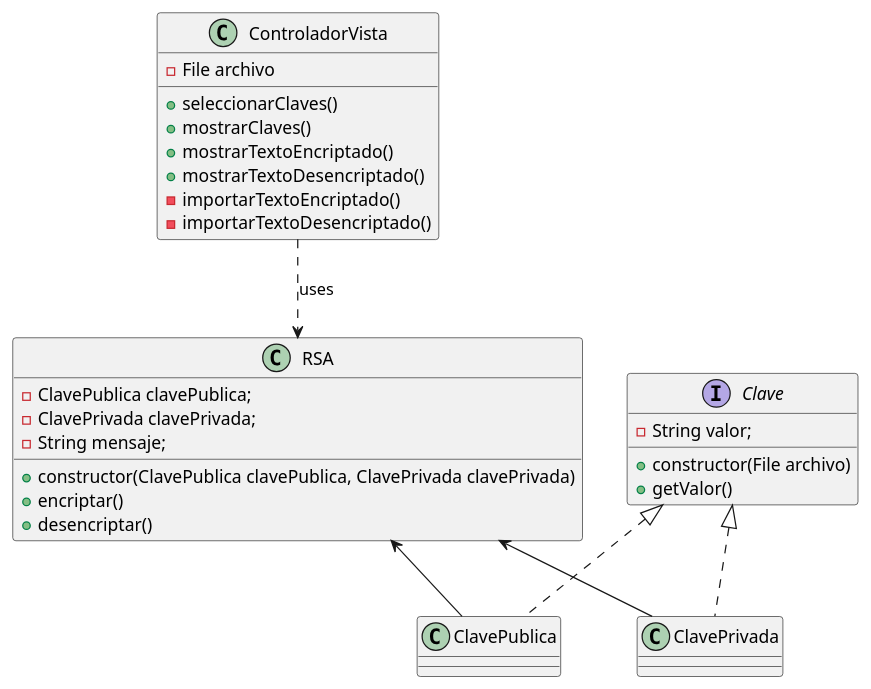
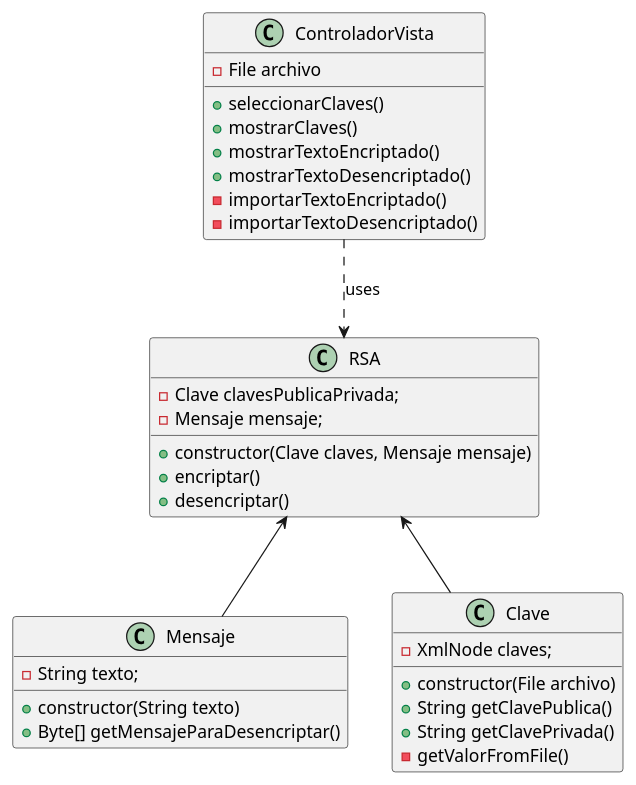
Before and after one commit to josueMerino/cripto-final: the diagram in ProyectoFinal/docs/diagramaDeClases.plantuml, drawn with PlantUML.

Commit message:
Diagrama de clases actualizado

```diff
--- a/ProyectoFinal/docs/diagramaDeClases.plantuml
+++ b/ProyectoFinal/docs/diagramaDeClases.plantuml
@@ -1,34 +1,38 @@
 @startuml
 
 class ControladorVista{
     - File archivo
     + seleccionarClaves()
     + mostrarClaves()
     + mostrarTextoEncriptado()
     + mostrarTextoDesencriptado()
     - importarTextoEncriptado()
     - importarTextoDesencriptado()
 
 }
 class RSA {
-    - ClavePublica clavePublica;
-    - ClavePrivada clavePrivada;
-    - String mensaje;
-    + constructor(ClavePublica clavePublica, ClavePrivada clavePrivada)
+    - Clave clavesPublicaPrivada;
+    - Mensaje mensaje;
+    + constructor(Clave claves, Mensaje mensaje)
     + encriptar()
     + desencriptar()
 }
 
-interface Clave{
-    - String valor;
-    + constructor(File archivo)
-    + getValor()
+class Mensaje{
+    - String texto;
+    + constructor(String texto)
+    + Byte[] getMensajeParaDesencriptar()
 }
 
-class ClavePublica implements Clave{}
-class ClavePrivada implements Clave{}
+class Clave{
+    - XmlNode claves;
+    + constructor(File archivo)
+    + String getClavePublica()
+    + String getClavePrivada()
+    - getValorFromFile()
+}
 
 ControladorVista ..> RSA : uses
-ClavePublica -u-> RSA
-ClavePrivada -u-> RSA
+Clave -u-> RSA
+Mensaje -u-> RSA
 @enduml
```
